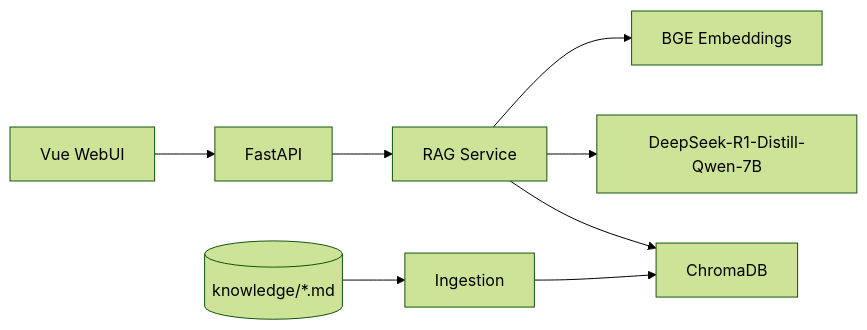
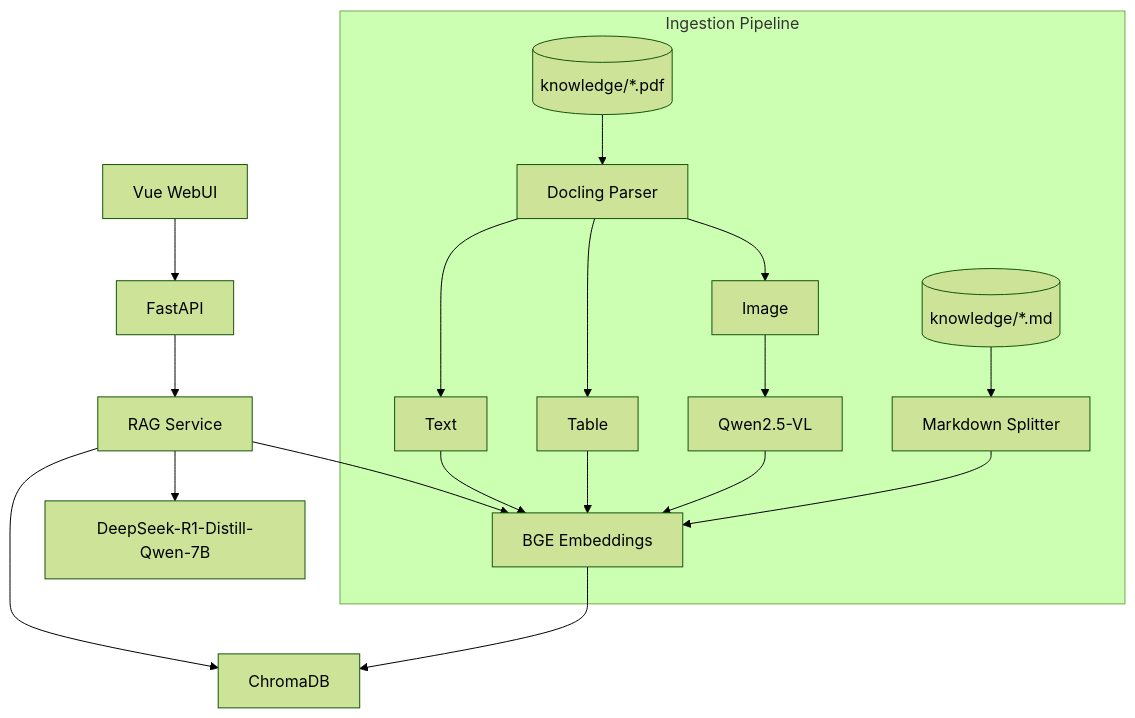
One commit to Nomnori/VisionText-RAG changed the diagram in docs/ARCHITECTURE.md. Above: the diagram before and after it, drawn with Mermaid (forest theme). The commit also changed other lines of this file and 16 other files, not shown here.

First line of the commit message:
feat(pdf): add Docling + Qwen2.5-VL multimodal PDF ingestion pipeline

````diff
--- a/docs/ARCHITECTURE.md
+++ b/docs/ARCHITECTURE.md
@@ -5,10 +5,23 @@
 ```mermaid
-flowchart LR
+flowchart TB
     UI[Vue WebUI] --> API[FastAPI]
     API --> RAG[RAG Service]
     RAG --> VS[ChromaDB]
     RAG --> LLM[DeepSeek-R1-Distill-Qwen-7B]
     RAG --> EMB[BGE Embeddings]
-    KB[(knowledge/*.md)] --> ING[Ingestion]
-    ING --> VS
+
+    subgraph ingest [Ingestion Pipeline]
+        MD[(knowledge/*.md)] --> MDING[Markdown Splitter]
+        PDF[(knowledge/*.pdf)] --> DOC[Docling Parser]
+        DOC --> TEXT[Text]
+        DOC --> TABLE[Table]
+        DOC --> IMG[Image]
+        TEXT --> EMB
+        TABLE --> EMB
+        IMG --> VLM[Qwen2.5-VL]
+        VLM --> EMB
+        MDING --> EMB
+    end
+
+    EMB --> VS
 ```
````
